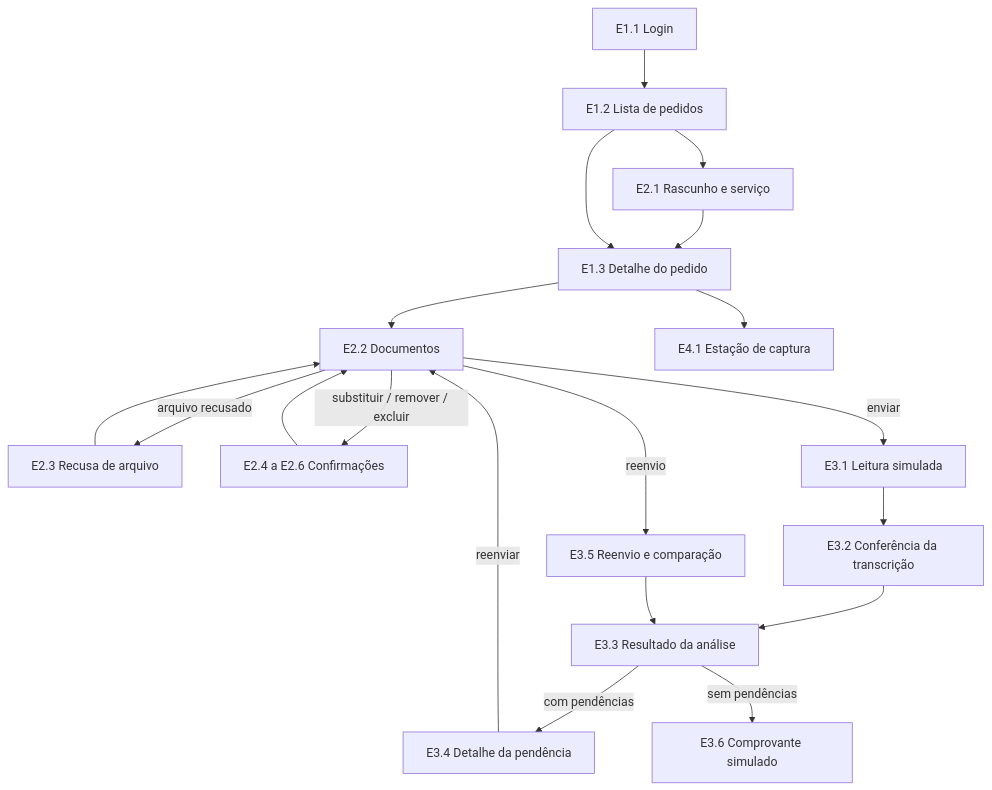
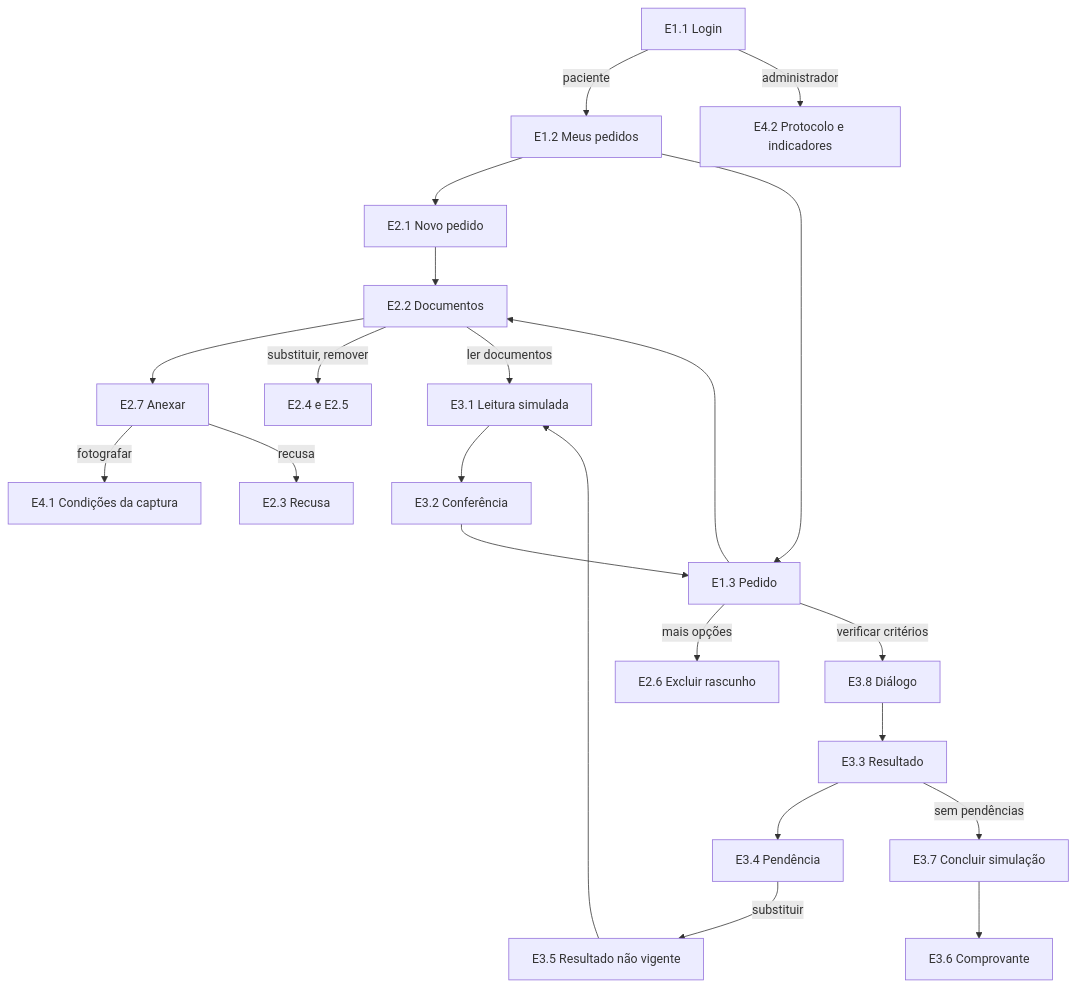
The diagram in mobile/design/mapa-de-percursos.md (Code-Masters-F/RegulaCheck), drawn with Mermaid before and after one commit. The commit also changed other lines of this file and 30 other files, not shown here.

````diff
--- a/mobile/design/mapa-de-percursos.md
+++ b/mobile/design/mapa-de-percursos.md
@@ -15,21 +37,24 @@
 ```mermaid
 flowchart TD
-  E11[E1.1 Login] --> E12[E1.2 Lista de pedidos]
-  E12 --> E21[E2.1 Rascunho e serviço]
-  E21 --> E13[E1.3 Detalhe do pedido]
-  E12 --> E13
-  E13 --> E22[E2.2 Documentos]
-  E22 -->|arquivo recusado| E23[E2.3 Recusa de arquivo]
-  E23 --> E22
-  E22 -->|substituir / remover / excluir| E24[E2.4 a E2.6 Confirmações]
-  E24 --> E22
-  E22 -->|enviar| E31[E3.1 Leitura simulada]
-  E31 --> E32[E3.2 Conferência da transcrição]
-  E32 --> E33[E3.3 Resultado da análise]
-  E33 -->|com pendências| E34[E3.4 Detalhe da pendência]
-  E34 -->|reenviar| E22
-  E22 -->|reenvio| E35[E3.5 Reenvio e comparação]
-  E35 --> E33
-  E33 -->|sem pendências| E36[E3.6 Comprovante simulado]
-  E13 --> E41[E4.1 Estação de captura]
+  E11[E1.1 Login] -->|paciente| E12[E1.2 Meus pedidos]
+  E11 -->|administrador| E42[E4.2 Protocolo e indicadores]
+  E12 --> E21[E2.1 Novo pedido]
+  E12 --> E13[E1.3 Pedido]
+  E21 --> E22[E2.2 Documentos]
+  E13 --> E22
+  E22 --> E27[E2.7 Anexar]
+  E27 -->|fotografar| E41[E4.1 Condições da captura]
+  E27 -->|recusa| E23[E2.3 Recusa]
+  E22 -->|substituir, remover| E24[E2.4 e E2.5]
+  E13 -->|mais opções| E26[E2.6 Excluir rascunho]
+  E22 -->|ler documentos| E31[E3.1 Leitura simulada]
+  E31 --> E32[E3.2 Conferência]
+  E32 --> E13
+  E13 -->|verificar critérios| E38[E3.8 Diálogo]
+  E38 --> E33[E3.3 Resultado]
+  E33 --> E34[E3.4 Pendência]
+  E34 -->|substituir| E35[E3.5 Resultado não vigente]
+  E35 --> E31
+  E33 -->|sem pendências| E37[E3.7 Concluir simulação]
+  E37 --> E36[E3.6 Comprovante]
 ```
````
